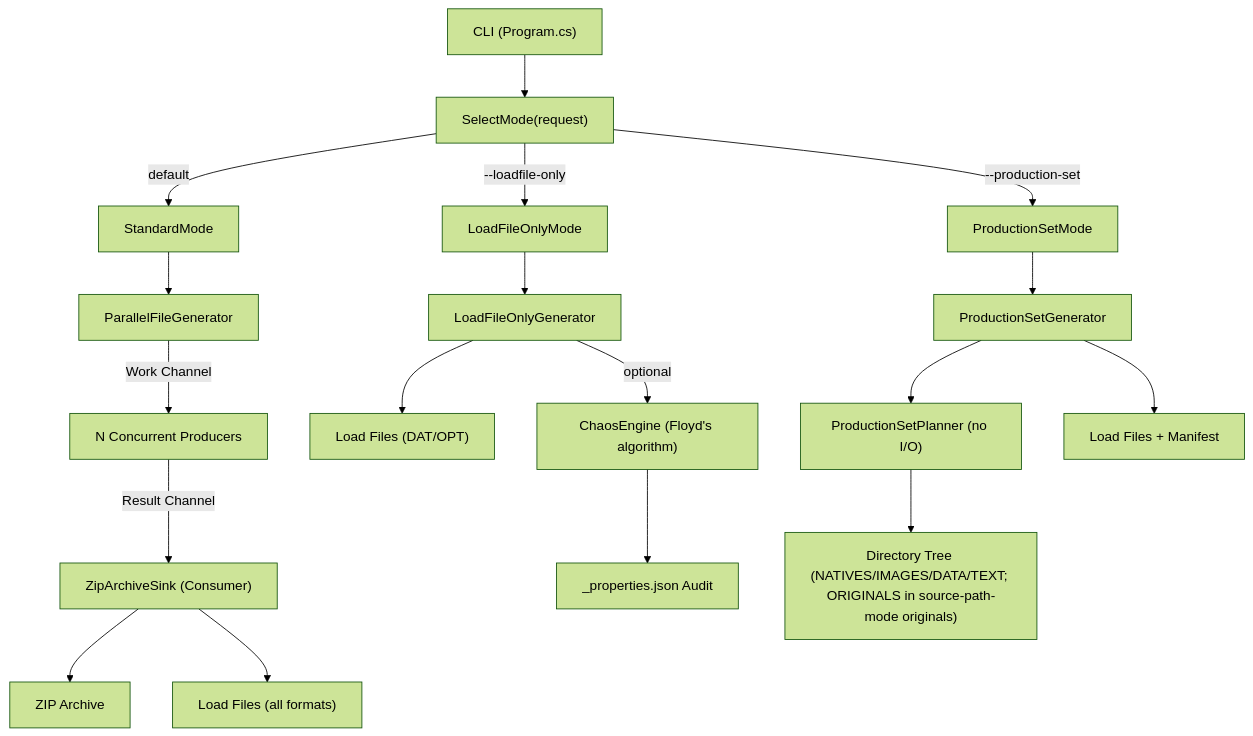
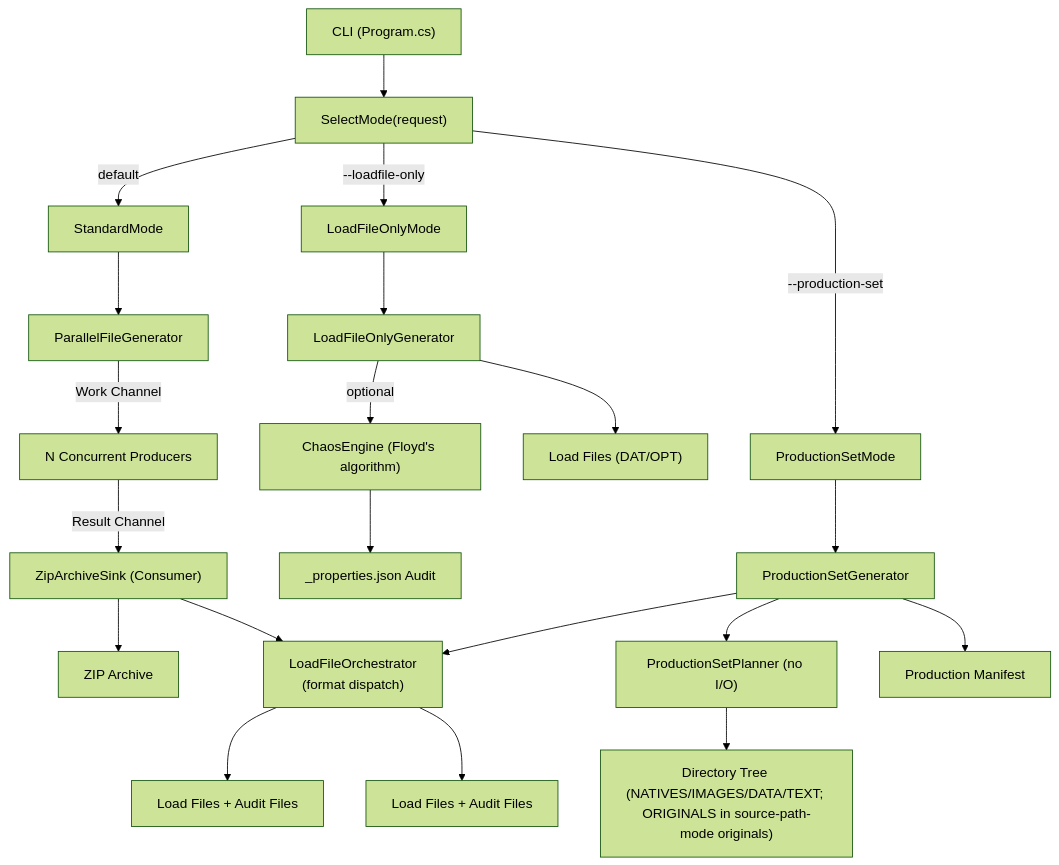
Before and after one commit to dwojtaszek/zipper: the first of 3 diagrams in docs/architecture.md, drawn with Mermaid (forest theme). The commit also changed other lines of this file and 6 other files, not shown here.

````diff
--- a/docs/architecture.md
+++ b/docs/architecture.md
@@ -40,24 +40,27 @@
 ```mermaid
 graph TD
     CLI["CLI (Program.cs)"]
     CLI --> SelectMode["SelectMode(request)"]
     SelectMode -->|"default"| StandardMode["StandardMode"]
     SelectMode -->|"--loadfile-only"| LoadFileOnlyMode["LoadFileOnlyMode"]
     SelectMode -->|"--production-set"| ProductionSetMode["ProductionSetMode"]
 
     StandardMode --> PFG["ParallelFileGenerator"]
     PFG -->|"Work Channel"| Producers["N Concurrent Producers"]
     Producers -->|"Result Channel"| ZAS["ZipArchiveSink (Consumer)"]
     ZAS --> ZIP["ZIP Archive"]
-    ZAS --> LF1["Load Files (all formats)"]
+    ZAS --> LFO["LoadFileOrchestrator<br/>(format dispatch)"]
+    LFO --> LF1["Load Files + Audit Files"]
 
     LoadFileOnlyMode --> LOG["LoadFileOnlyGenerator"]
     LOG --> LF2["Load Files (DAT/OPT)"]
     LOG -->|"optional"| Chaos["ChaosEngine (Floyd's algorithm)"]
     Chaos --> Audit["_properties.json Audit"]
 
     ProductionSetMode --> PSG["ProductionSetGenerator"]
     PSG --> PSP["ProductionSetPlanner (no I/O)"]
     PSP --> Tree["Directory Tree (NATIVES/IMAGES/DATA/TEXT; ORIGINALS in source-path-mode originals)"]
-    PSG --> LF3["Load Files + Manifest"]
+    PSG --> LFO
+    LFO --> LF3["Load Files + Audit Files"]
+    PSG --> Manifest["Production Manifest"]
 ```
````
